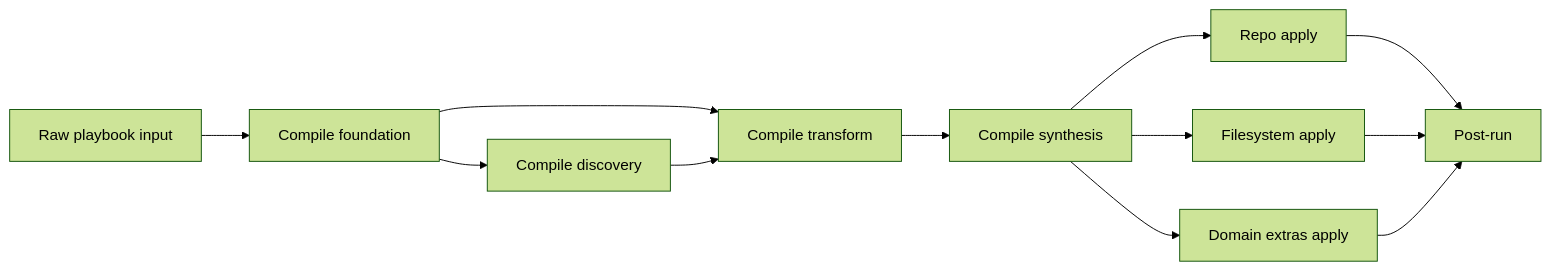
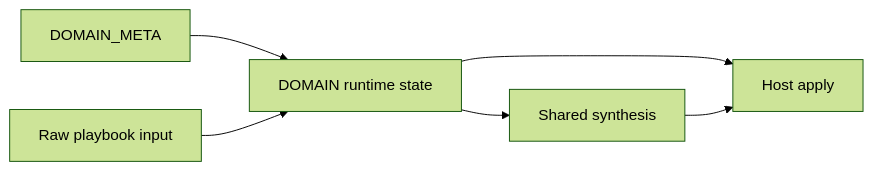
The diagram in doc/arch.md (rektide/compfuzor), drawn with Mermaid (forest theme) before and after one commit. The commit also changed other lines of this file, not shown here.

Commit message:
Rewrite architecture around DOMAIN runtime model

````diff
--- a/doc/arch.md
+++ b/doc/arch.md
@@ -74,24 +58,14 @@
 ```mermaid
 flowchart LR
+  meta[DOMAIN_META]
   raw[Raw playbook input]
-  foundation[Compile foundation]
-  discovery[Compile discovery]
-  transform[Compile transform]
-  synthesize[Compile synthesis]
-  repo[Repo apply]
-  fs[Filesystem apply]
-  extras[Domain extras apply]
-  post[Post-run]
+  domain[DOMAIN runtime state]
+  shared[Shared synthesis]
+  apply[Host apply]
 
-  raw --> foundation
-  foundation --> discovery
-  foundation --> transform
-  discovery --> transform
-  transform --> synthesize
-  synthesize --> repo
-  synthesize --> fs
-  synthesize --> extras
-  repo --> post
-  fs --> post
-  extras --> post
+  meta --> domain
+  raw --> domain
+  domain --> shared
+  domain --> apply
+  shared --> apply
 ```
````
